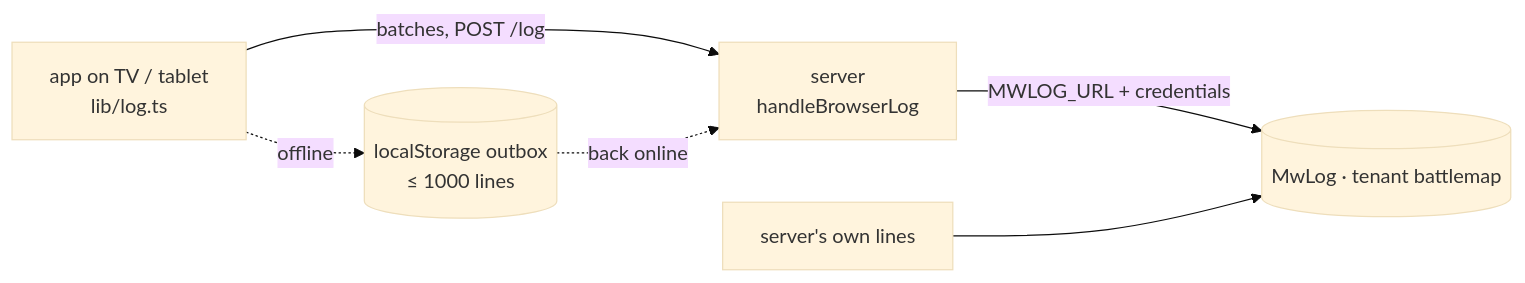
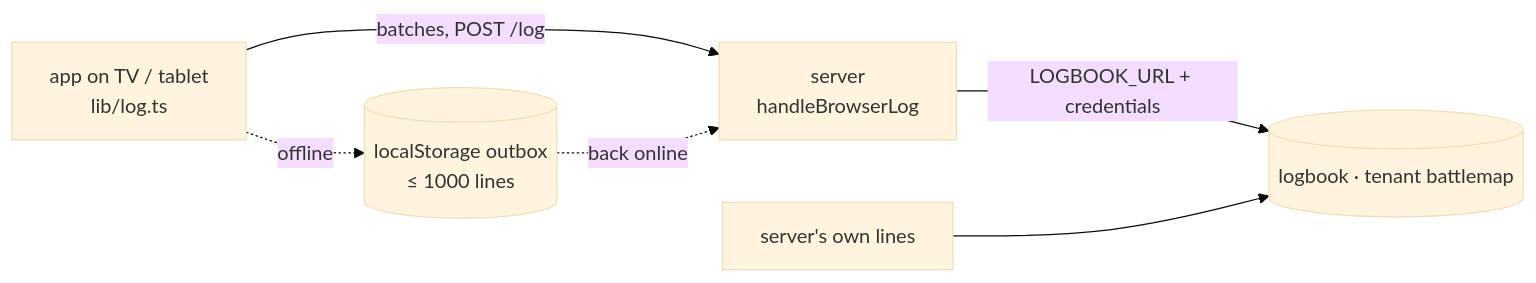
The fourth of 4 diagrams in v2/docs/architecture.md (KasparOrange/battlemap), drawn with Mermaid (base theme) before and after one commit. The commit also changed other lines of this file and 63 other files, not shown here.

Commit message:
rename mwlog → logbook

````diff
--- a/v2/docs/architecture.md
+++ b/v2/docs/architecture.md
@@ -400,8 +400,8 @@
 ```mermaid
 flowchart LR
   A[app on TV / tablet<br/>lib/log.ts] -- batches, POST /log --> S[server<br/>handleBrowserLog]
   A -. offline .-> O[(localStorage outbox<br/>≤ 1000 lines)]
   O -. back online .-> S
-  S -- MWLOG_URL + credentials --> M[(MwLog · tenant battlemap)]
+  S -- LOGBOOK_URL + credentials --> M[(logbook · tenant battlemap)]
   SV[server's own lines] --> M
 ```
````
